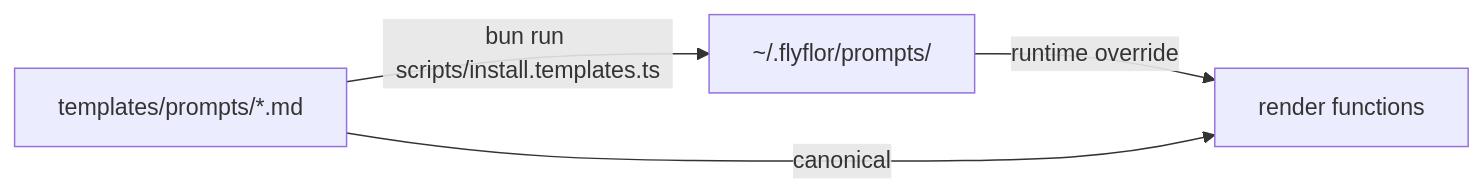
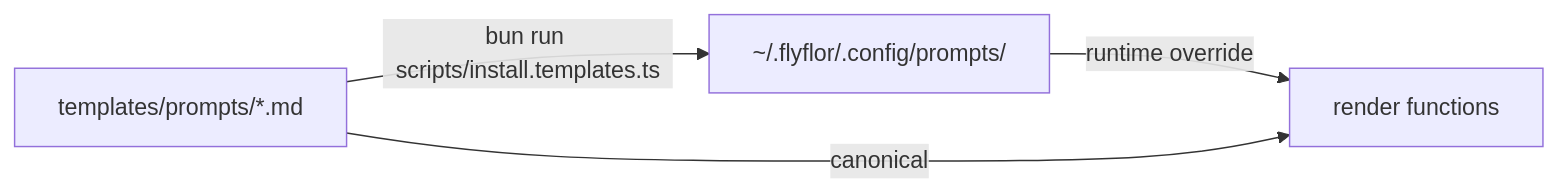
The second of 2 diagrams in README.md (flyflor/flyflor), drawn with Mermaid before and after one commit. The commit also changed other lines of this file and 54 other files, not shown here.

````diff
--- a/README.md
+++ b/README.md
@@ -447,6 +449,6 @@
 ```mermaid
 flowchart LR
-    Builtin["templates/prompts/*.md"] -- bun run scripts/install.templates.ts --> Userdir["~/.flyflor/prompts/"]
+    Builtin["templates/prompts/*.md"] -- bun run scripts/install.templates.ts --> Userdir["~/.flyflor/.config/prompts/"]
     Userdir -- runtime override --> Render["render functions"]
     Builtin -- canonical --> Render
 ```
````
